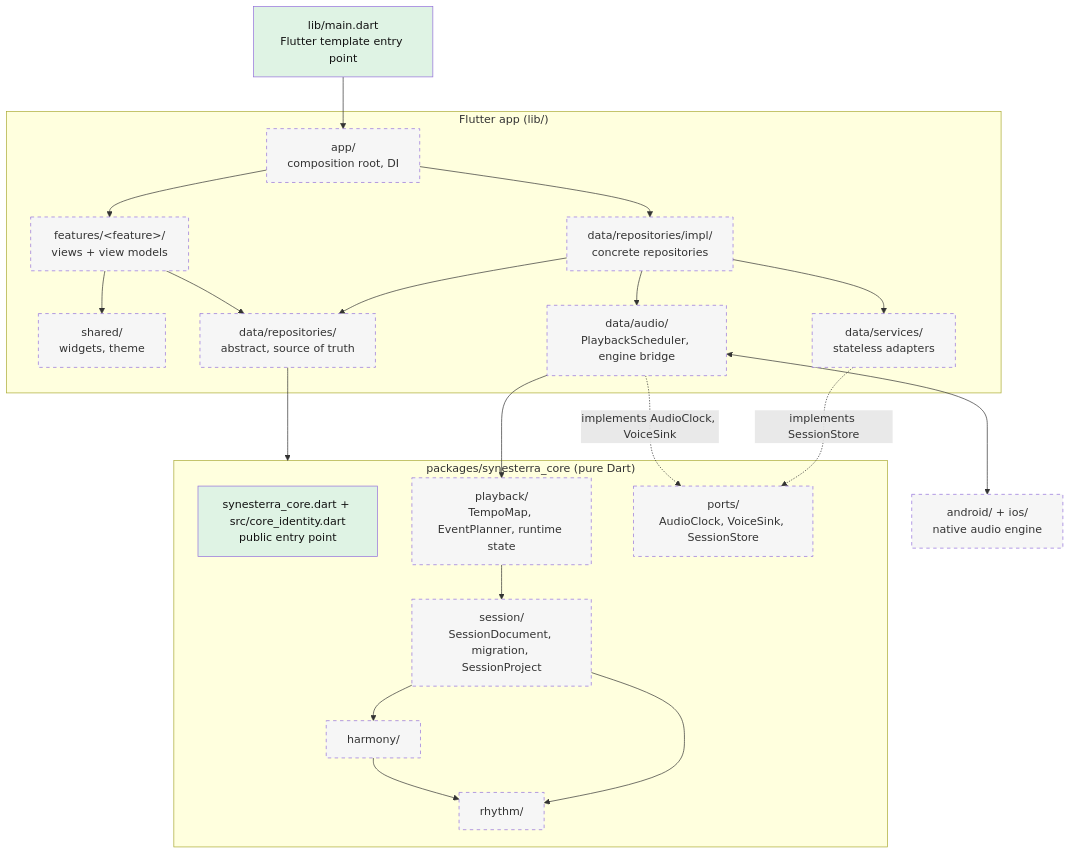
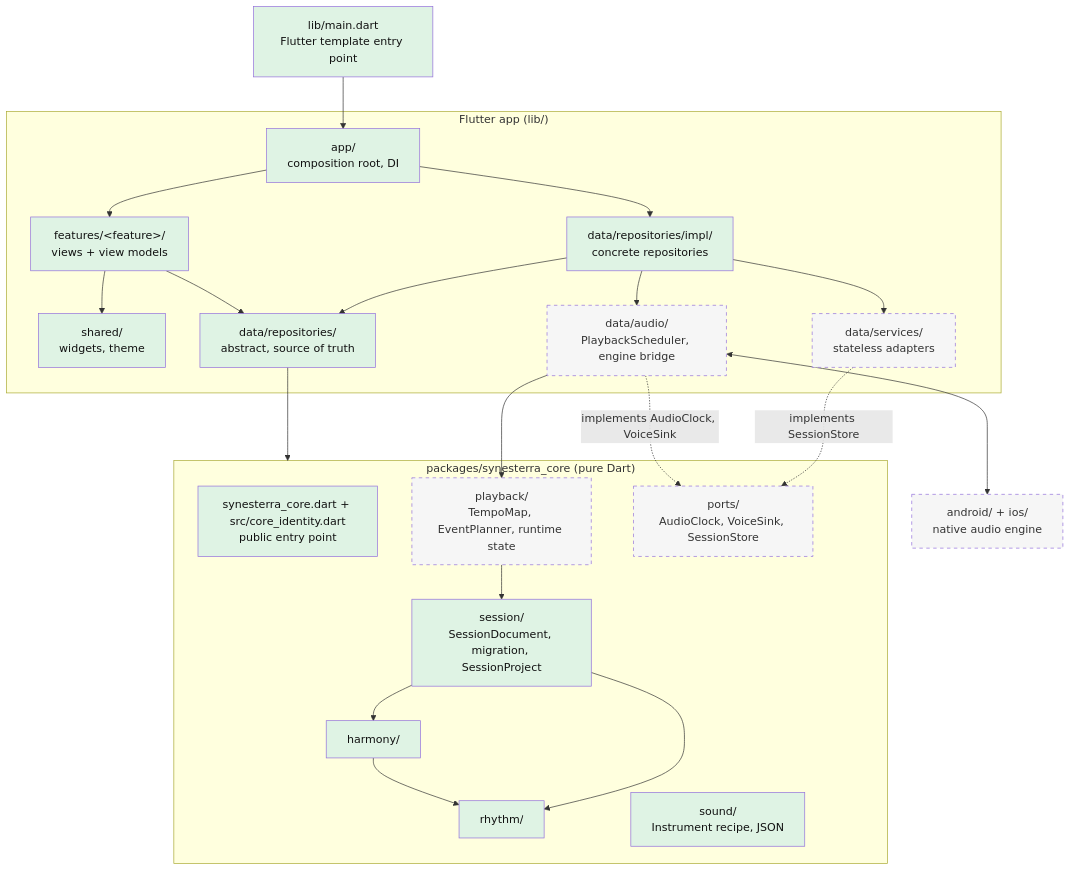
Before and after one commit to KornelSzyszka/synesterra-mobile: the diagram in docs/architecture.md, drawn with Mermaid. The commit also changed 9 other files, not shown here.

First line of the commit message:
DOM-034: Add Instrument recipe in the sound core context

````diff
--- a/docs/architecture.md
+++ b/docs/architecture.md
@@ -5,46 +5,48 @@
 ```mermaid
 flowchart TD
     main["lib/main.dart<br/>Flutter template entry point"]
     subgraph app["Flutter app (lib/)"]
         root["app/<br/>composition root, DI"]
         features["features/&lt;feature&gt;/<br/>views + view models"]
         shared["shared/<br/>widgets, theme"]
         repos["data/repositories/<br/>abstract, source of truth"]
         impl["data/repositories/impl/<br/>concrete repositories"]
         services["data/services/<br/>stateless adapters"]
         audio["data/audio/<br/>PlaybackScheduler, engine bridge"]
     end
     subgraph core["packages/synesterra_core (pure Dart)"]
         corePublic["synesterra_core.dart + src/core_identity.dart<br/>public entry point"]
         session["session/<br/>SessionDocument, migration, SessionProject"]
         rhythm["rhythm/"]
+        sound["sound/<br/>Instrument recipe, JSON"]
         harmony["harmony/"]
         playback["playback/<br/>TempoMap, EventPlanner, runtime state"]
         ports["ports/<br/>AudioClock, VoiceSink, SessionStore"]
     end
     native["android/ + ios/<br/>native audio engine"]
 
     main --> root
     root --> features
     root --> impl
     features --> shared
     features --> repos
     impl --> repos
     impl --> services
     impl --> audio
     repos --> core
     audio --> playback
     audio -. "implements AudioClock, VoiceSink" .-> ports
     services -. "implements SessionStore" .-> ports
     audio <--> native
     harmony --> rhythm
     session --> rhythm
     session --> harmony
     playback --> session
 
     classDef planned stroke-dasharray: 5 5,fill:#f6f6f6,color:#333
     classDef exists fill:#dff3e4,color:#111
     class main exists
     class corePublic exists
-    class root,features,shared,repos,impl,services,audio,session,rhythm,harmony,playback,ports,native planned
+    class root,features,shared,repos,impl,session,rhythm,harmony,sound exists
+    class services,audio,playback,ports,native planned
 ```
````
